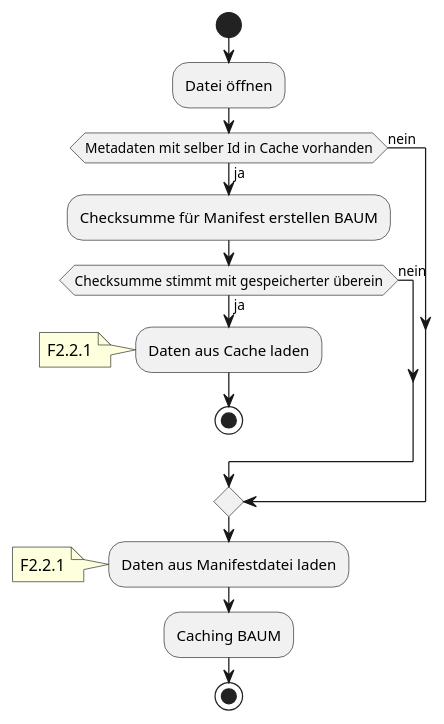
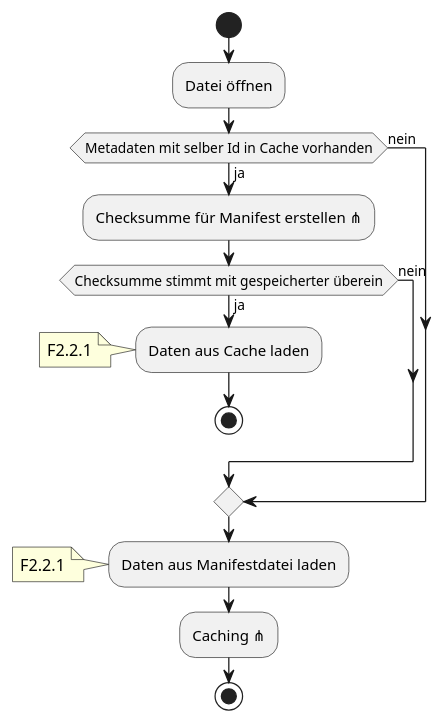
Before and after one commit to SoftwareEngineeringOne/wiki: the tenth of 20 diagrams in wiki/topics/Inkremente/00/Anforderungsanalyse.md, drawn with PlantUML. The commit also changed other lines of this file, not shown here.

````diff
--- a/wiki/topics/Inkremente/00/Anforderungsanalyse.md
+++ b/wiki/topics/Inkremente/00/Anforderungsanalyse.md
@@ -367,21 +367,21 @@
 ```plantuml
 @startuml
 start
 :Datei öffnen;
 if(Metadaten mit selber Id in Cache vorhanden) then(ja)
-:Checksumme für Manifest erstellen BAUM;
+:Checksumme für Manifest erstellen ⋔;
 if(Checksumme stimmt mit gespeicherter überein) then(ja)
 :Daten aus Cache laden;
 note: F2.2.1
 stop
 else (nein)
 endif
 else (nein)
 endif
 :Daten aus Manifestdatei laden;
 note: F2.2.1
-:Caching BAUM;
+:Caching ⋔;
 stop
 
 @enduml
 ```
````
